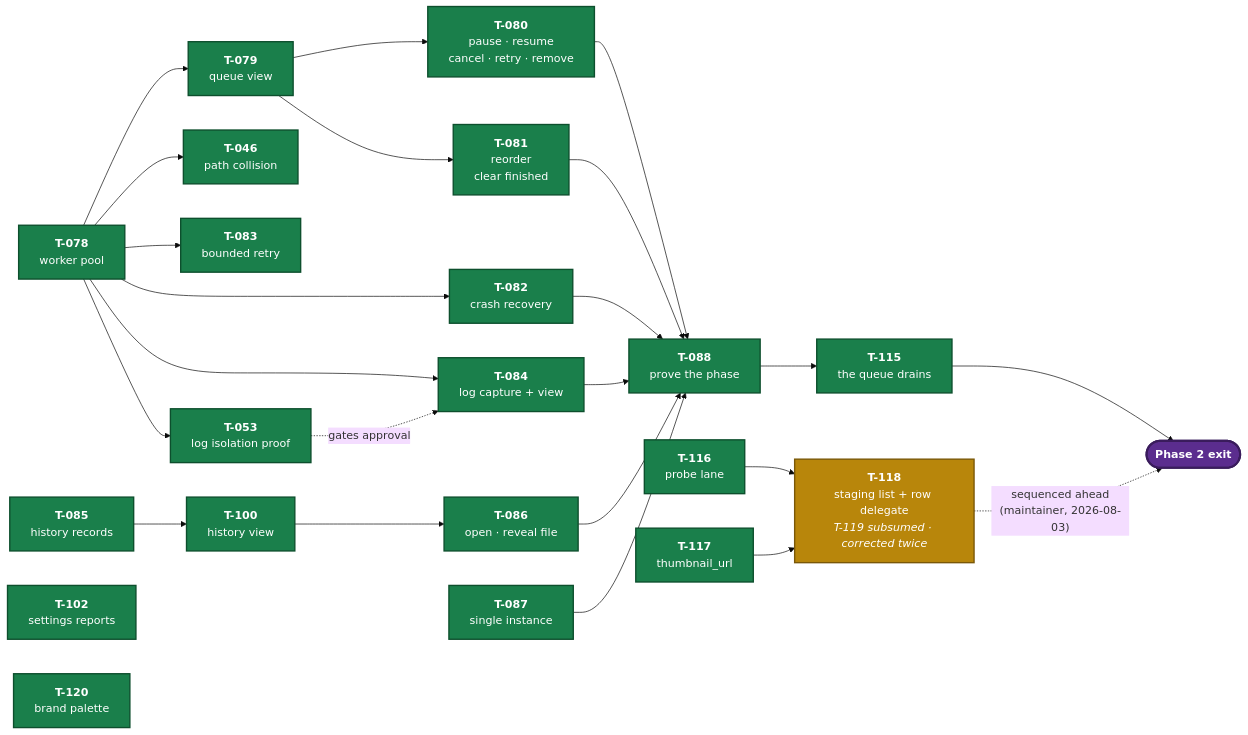
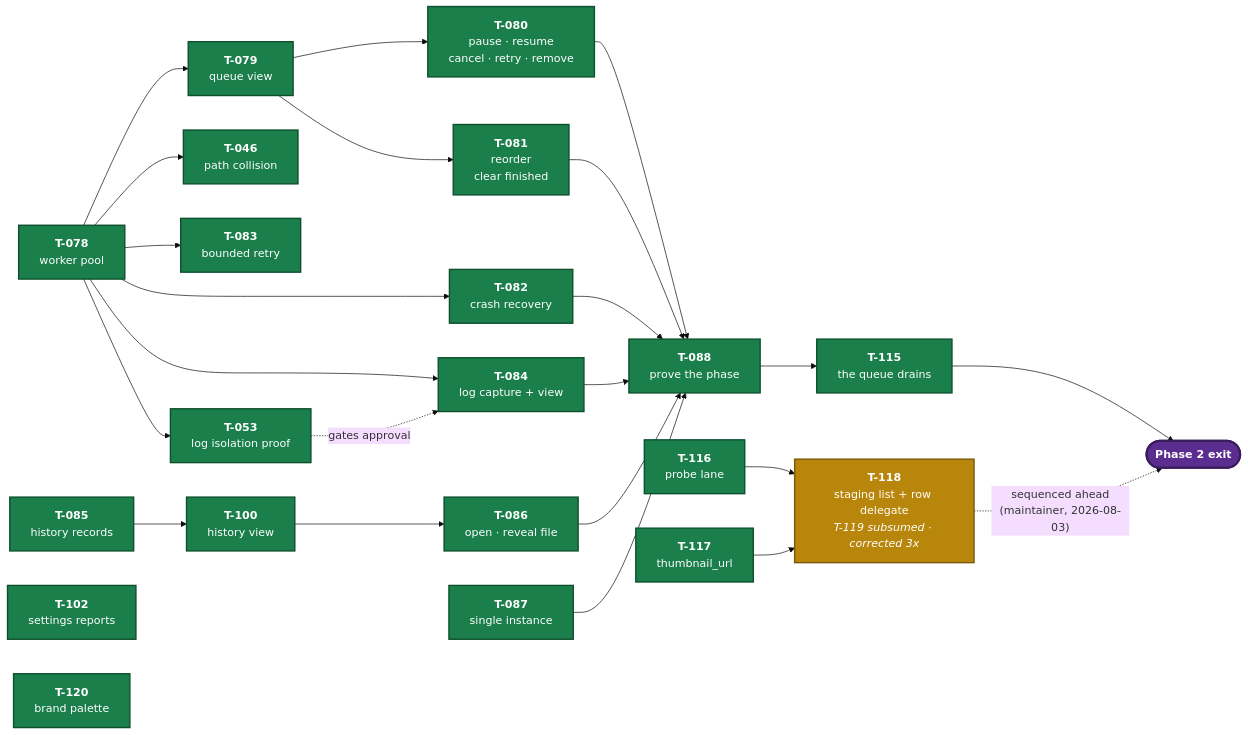
The diagram in ai/IMPLEMENTATION_PLAN.md (kottmans/tracks-and-trails), drawn with Mermaid (base theme) before and after one commit. The commit also changed other lines of this file and 1 other file, not shown here.

````diff
--- a/ai/IMPLEMENTATION_PLAN.md
+++ b/ai/IMPLEMENTATION_PLAN.md
@@ -233,57 +238,57 @@
 ```mermaid
 flowchart LR
     classDef approved fill:#1a7f4b,stroke:#0d4f2d,stroke-width:2px,color:#fff
     classDef review   fill:#b8860b,stroke:#7a5808,stroke-width:2px,color:#fff
     classDef ready    fill:#1f5fa8,stroke:#123a68,stroke-width:2px,color:#fff
     classDef proposed fill:#4a4a4a,stroke:#2a2a2a,stroke-width:2px,color:#fff
     classDef exit     fill:#5b2d8e,stroke:#3a1c5c,stroke-width:3px,color:#fff
 
     T078["<b>T-078</b><br/>worker pool"]:::approved
     T079["<b>T-079</b><br/>queue view"]:::approved
     T085["<b>T-085</b><br/>history records"]:::approved
     T080["<b>T-080</b><br/>pause · resume<br/>cancel · retry · remove"]:::approved
     T081["<b>T-081</b><br/>reorder<br/>clear finished"]:::approved
     T046["<b>T-046</b><br/>path collision"]:::approved
     T083["<b>T-083</b><br/>bounded retry"]:::approved
     T053["<b>T-053</b><br/>log isolation proof"]:::approved
     T082["<b>T-082</b><br/>crash recovery"]:::approved
     T084["<b>T-084</b><br/>log capture + view"]:::approved
     T100["<b>T-100</b><br/>history view"]:::approved
     T102["<b>T-102</b><br/>settings reports"]:::approved
     T087["<b>T-087</b><br/>single instance"]:::approved
     T086["<b>T-086</b><br/>open · reveal file"]:::approved
     T088["<b>T-088</b><br/>prove the phase"]:::approved
     T115["<b>T-115</b><br/>the queue drains"]:::approved
 
     T116["<b>T-116</b><br/>probe lane"]:::approved
     T117["<b>T-117</b><br/>thumbnail_url"]:::approved
     T120["<b>T-120</b><br/>brand palette"]:::approved
-    T118["<b>T-118</b><br/>staging list + row delegate<br/><i>T-119 subsumed · corrected twice</i>"]:::review
+    T118["<b>T-118</b><br/>staging list + row delegate<br/><i>T-119 subsumed · corrected 3x</i>"]:::review
 
     EXIT(["<b>Phase 2 exit</b>"]):::exit
 
     T078 --> T079
     T078 --> T046
     T078 --> T083
     T078 --> T082
     T078 --> T084
     T078 --> T053
     T079 --> T080
     T079 --> T081
     T085 --> T100
     T100 --> T086
     T053 -. gates approval .-> T084
 
     T080 --> T088
     T081 --> T088
     T082 --> T088
     T084 --> T088
     T086 --> T088
     T087 --> T088
     T088 --> T115
     T115 --> EXIT
 
     T116 --> T118
     T117 --> T118
     T118 -. "sequenced ahead<br/>(maintainer, 2026-08-03)" .-> EXIT
 ```
````
